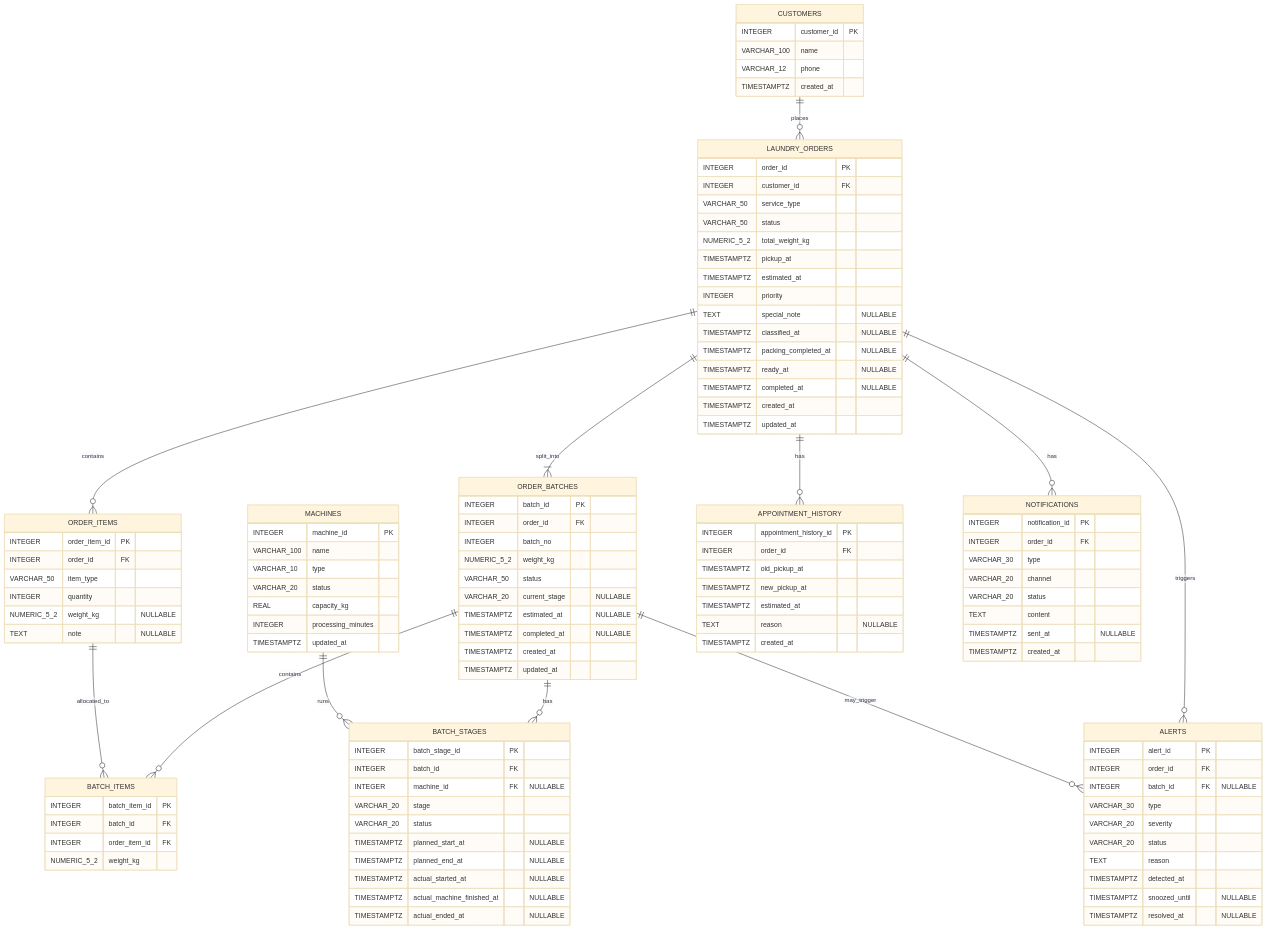
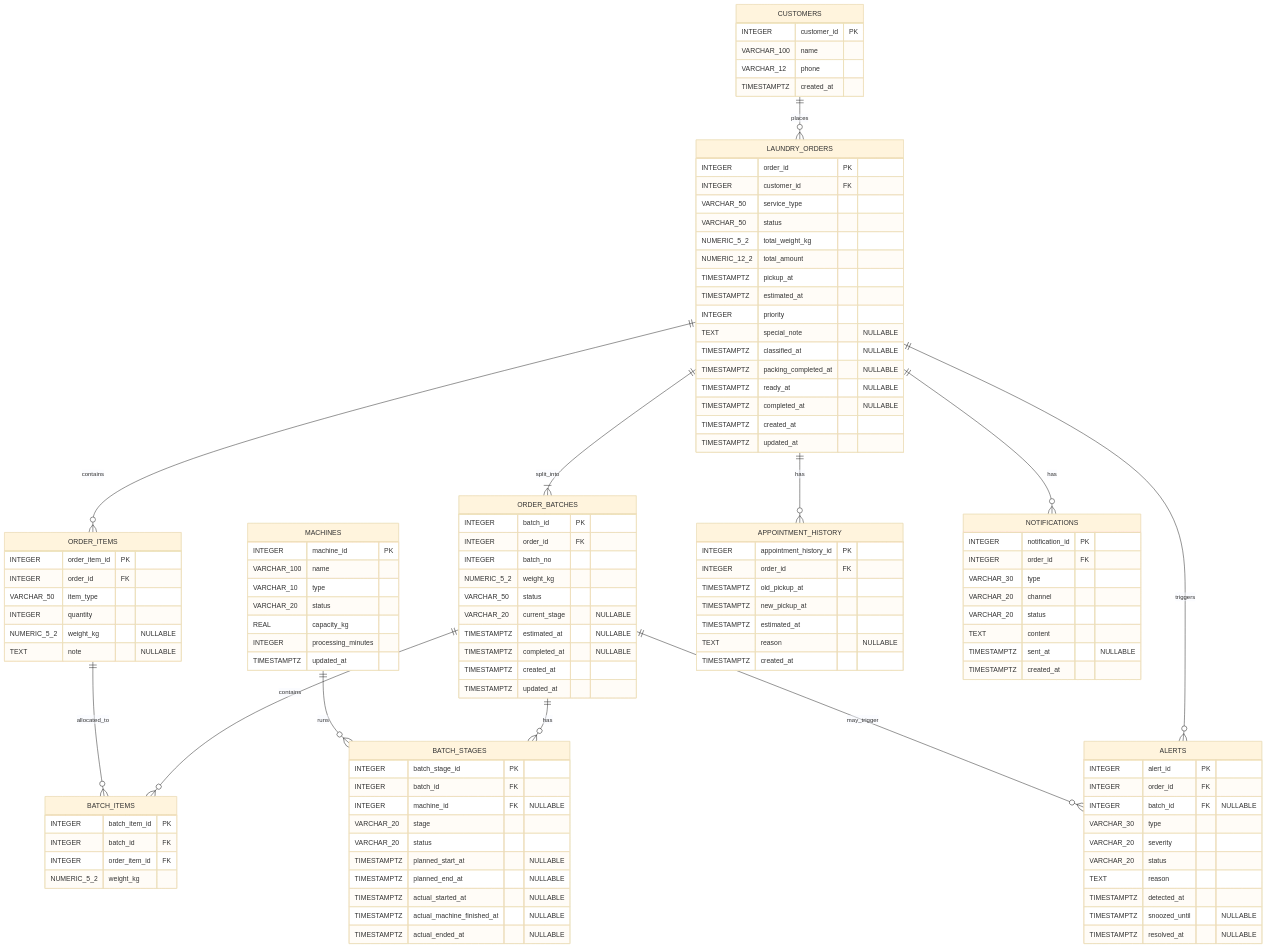
The diagram in db.md (danwanh/WashFlow), drawn with Mermaid (base theme) before and after one commit. The commit also changed 15 other files, not shown here.

```diff
--- a/db.md
+++ b/db.md
@@ -25,6 +25,7 @@
         VARCHAR_50 service_type
         VARCHAR_50 status
         NUMERIC_5_2 total_weight_kg
+        NUMERIC_12_2 total_amount
         TIMESTAMPTZ pickup_at
         TIMESTAMPTZ estimated_at
         INTEGER priority
```
